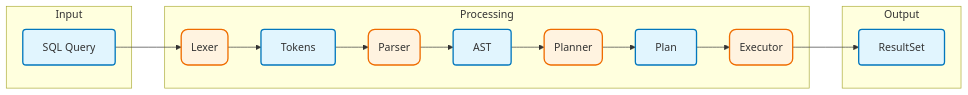
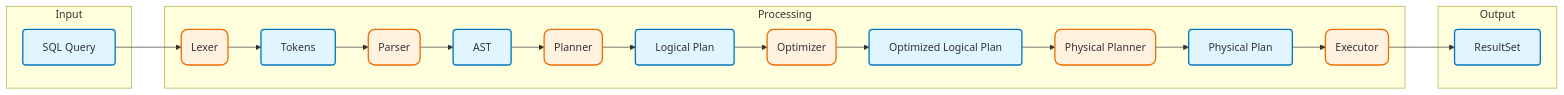
The diagram in docs/architecture.mmd (SarthakMakhija/relop), drawn with Mermaid before and after one commit. The commit also changed 1 other file, not shown here.

Commit message:
Sarthak | Updates architecture diagram

```diff
--- a/docs/architecture.mmd
+++ b/docs/architecture.mmd
@@ -1,21 +1,25 @@
 graph LR
     subgraph Input
     A[SQL Query]:::data
     end
 
     subgraph Processing
     A --> P1(Lexer):::proc
     P1 --> B[Tokens]:::data
     B --> P2(Parser):::proc
     P2 --> C[AST]:::data
     C --> P3(Planner):::proc
-    P3 --> D[Plan]:::data
-    D --> P4(Executor):::proc
+    P3 --> D[Logical Plan]:::data
+    D --> P4(Optimizer):::proc
+    P4 --> E[Optimized Logical Plan]:::data
+    E --> P5(Physical Planner):::proc
+    P5 --> F[Physical Plan]:::data
+    F --> P6(Executor):::proc
     end
 
     subgraph Output
-    P4 --> E[ResultSet]:::data
+    P6 --> G[ResultSet]:::data
     end
 
     classDef data fill:#E1F5FE,stroke:#0277BD,stroke-width:2px,rx:5,ry:5;
     classDef proc fill:#FFF3E0,stroke:#EF6C00,stroke-width:2px,rx:10,ry:10;
```
